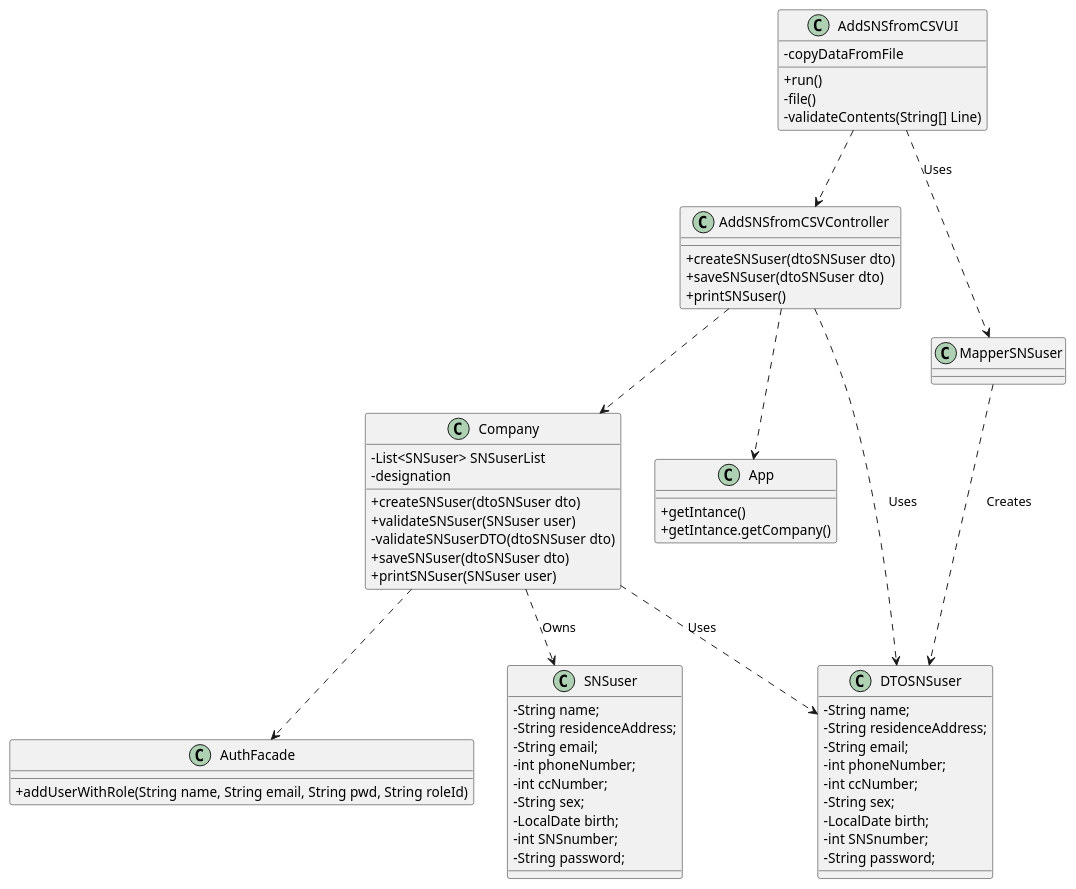
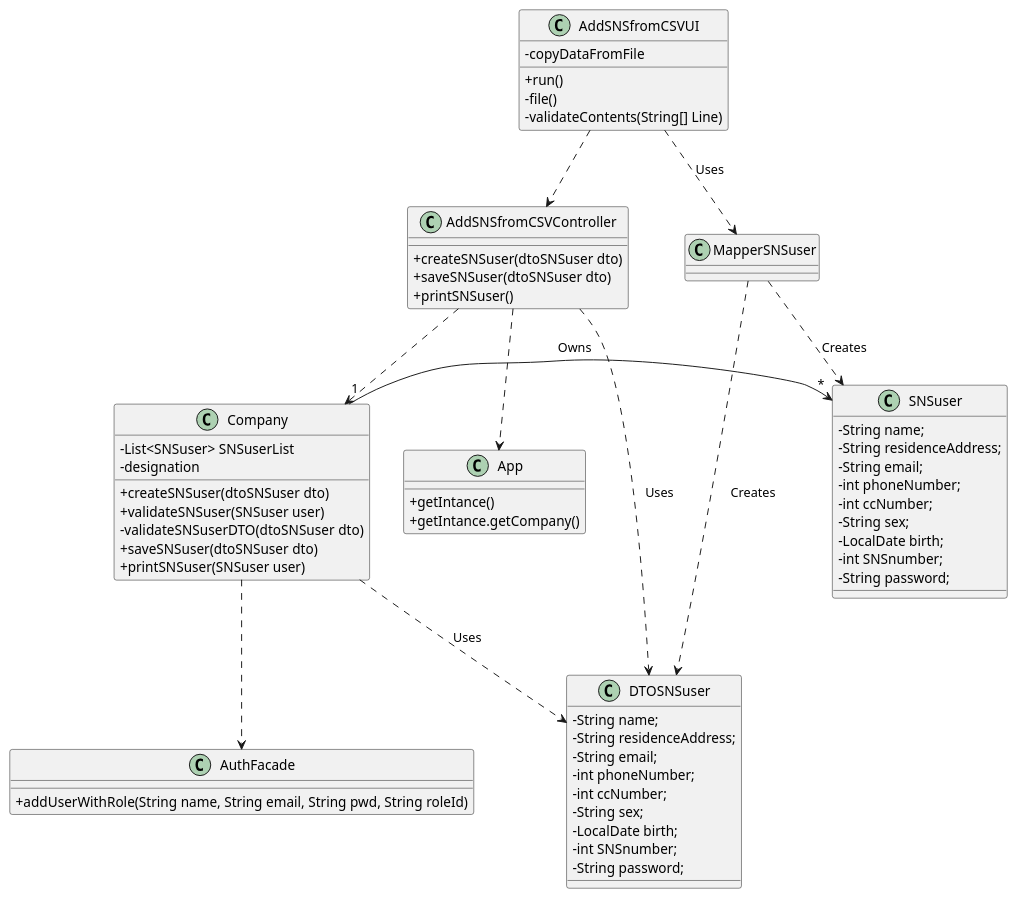
Before and after one commit to osnilas/SNSsystem: the diagram in docs/SprintC/US014/US014_CD.puml, drawn with PlantUML. The commit also changed 8 other files, not shown here.

```diff
--- a/docs/SprintC/US014/US014_CD.puml
+++ b/docs/SprintC/US014/US014_CD.puml
@@ -1,73 +1,74 @@
 @startuml
 'https://plantuml.com/class-diagram
 skinparam classAttributeIconSize 0
 
 Class Company{
 -List<SNSuser> SNSuserList
 -designation
     +createSNSuser(dtoSNSuser dto)
     +validateSNSuser(SNSuser user)
     -validateSNSuserDTO(dtoSNSuser dto)
     +saveSNSuser(dtoSNSuser dto)
     +printSNSuser(SNSuser user)
 }
 Class AuthFacade{
 +addUserWithRole(String name, String email, String pwd, String roleId)
 }
 
 Class App{
 +getIntance()
 +getIntance.getCompany()
 }
 
 Class SNSuser{
 - String name;
     - String residenceAddress;
     - String email;
     - int phoneNumber;
     - int ccNumber;
     - String sex;
     - LocalDate birth;
     - int SNSnumber;
     - String password;
 }
 
 Class AddSNSfromCSVUI{
 +run()
 -file()
 -copyDataFromFile
 -validateContents(String[] Line)
 }
 Class AddSNSfromCSVController{
 +createSNSuser(dtoSNSuser dto)
 +saveSNSuser(dtoSNSuser dto)
 +printSNSuser()
 }
 
 Class DTOSNSuser{
 - String name;
     - String residenceAddress;
     - String email;
     - int phoneNumber;
     - int ccNumber;
     - String sex;
     - LocalDate birth;
     - int SNSnumber;
     - String password;
 }
 
 Class MapperSNSuser{
 }
 
 AddSNSfromCSVUI..>AddSNSfromCSVController
 AddSNSfromCSVUI..>MapperSNSuser:Uses
 MapperSNSuser..>DTOSNSuser:Creates
+MapperSNSuser..>SNSuser:Creates
 AddSNSfromCSVController..>Company
 AddSNSfromCSVController..>App
 AddSNSfromCSVController..>DTOSNSuser:Uses
-Company..>SNSuser:Owns
+Company"1"->"*"SNSuser:Owns
 Company..>AuthFacade
 Company..>DTOSNSuser:Uses
 
 
 @enduml
```
